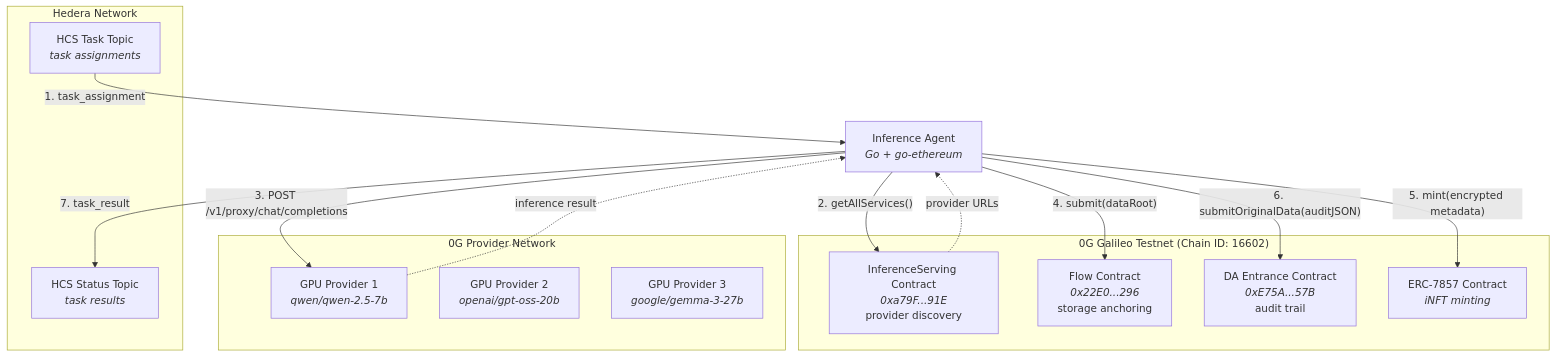
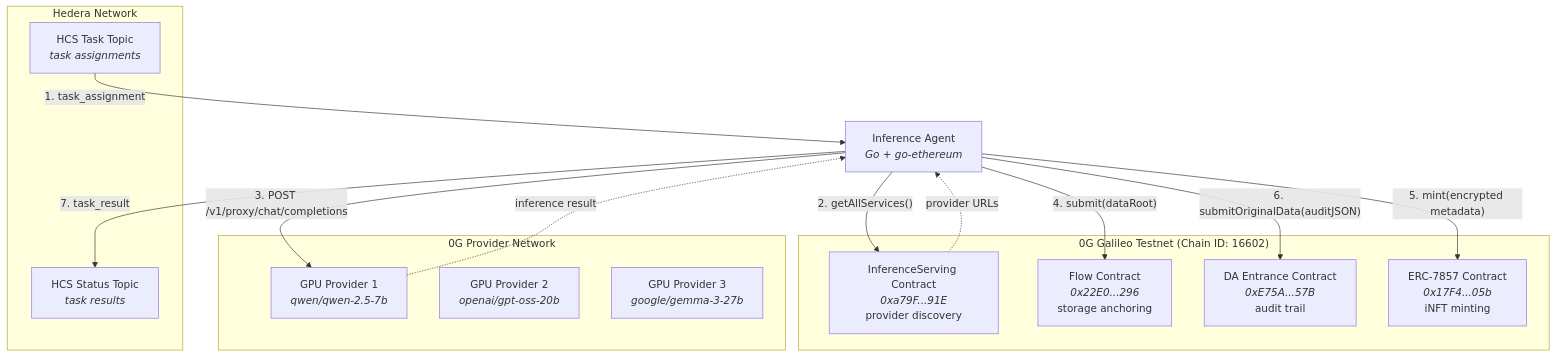
One commit to lancekrogers/agent-inference-ethden-2026 changed the diagram in README.md. Above: the diagram before and after it, drawn with Mermaid. The commit also changed other lines of this file and 1 other file, not shown here.

````diff
--- a/README.md
+++ b/README.md
@@ -26,32 +26,32 @@
 ```mermaid
 graph TD
     subgraph "Hedera Network"
         HCS_IN["HCS Task Topic<br/><i>task assignments</i>"]
         HCS_OUT["HCS Status Topic<br/><i>task results</i>"]
     end
 
     subgraph "0G Galileo Testnet (Chain ID: 16602)"
         SERVING["InferenceServing Contract<br/><i>0xa79F...91E</i><br/>provider discovery"]
         FLOW["Flow Contract<br/><i>0x22E0...296</i><br/>storage anchoring"]
         DA_CONTRACT["DA Entrance Contract<br/><i>0xE75A...57B</i><br/>audit trail"]
-        INFT_CONTRACT["ERC-7857 Contract<br/><i>iNFT minting</i>"]
+        INFT_CONTRACT["ERC-7857 Contract<br/><i>0x17F4...05b</i><br/>iNFT minting"]
     end
 
     subgraph "0G Provider Network"
         GPU1["GPU Provider 1<br/><i>qwen/qwen-2.5-7b</i>"]
         GPU2["GPU Provider 2<br/><i>openai/gpt-oss-20b</i>"]
         GPU3["GPU Provider 3<br/><i>google/gemma-3-27b</i>"]
     end
 
     AGENT["Inference Agent<br/><i>Go + go-ethereum</i>"]
 
     HCS_IN -->|"1. task_assignment"| AGENT
     AGENT -->|"2. getAllServices()"| SERVING
     SERVING -.->|"provider URLs"| AGENT
     AGENT -->|"3. POST /v1/proxy/chat/completions"| GPU1
     GPU1 -.->|"inference result"| AGENT
     AGENT -->|"4. submit(dataRoot)"| FLOW
     AGENT -->|"5. mint(encrypted metadata)"| INFT_CONTRACT
     AGENT -->|"6. submitOriginalData(auditJSON)"| DA_CONTRACT
     AGENT -->|"7. task_result"| HCS_OUT
 ```
````
